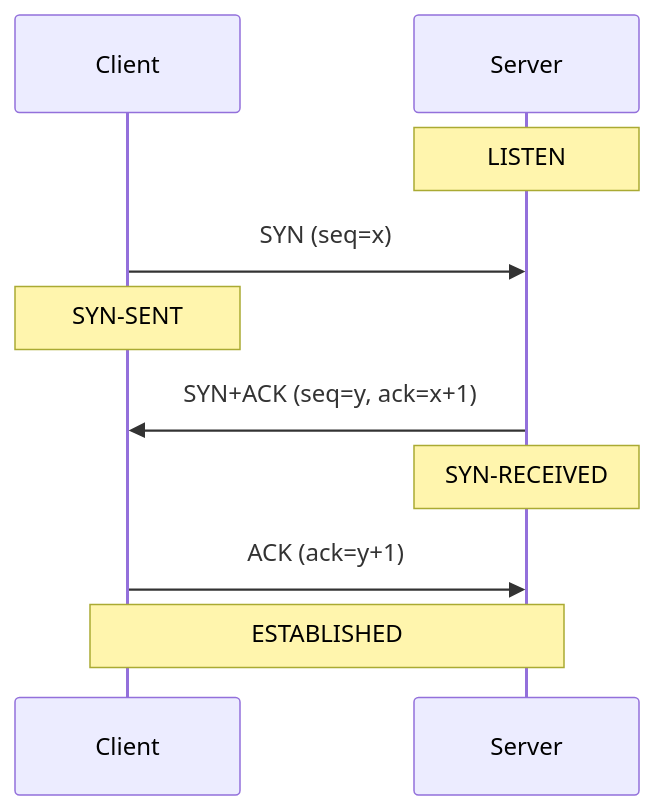
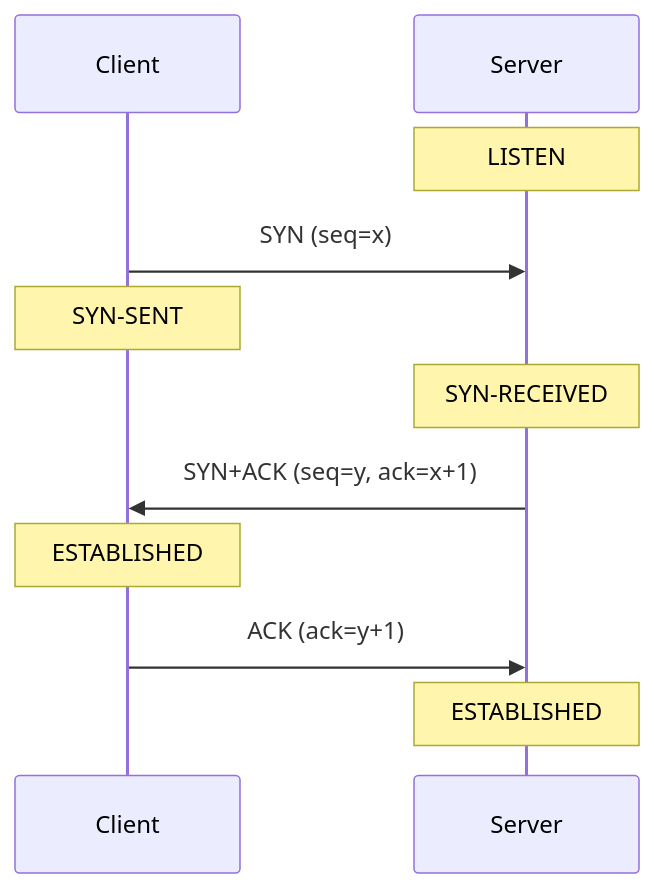
The diagram in src/content/docs/network/tcp-3-way-handshake.md (parkjuida/retrospect), drawn with Mermaid before and after one commit. The commit also changed other lines of this file and 1 other file, not shown here.

````diff
--- a/src/content/docs/network/tcp-3-way-handshake.md
+++ b/src/content/docs/network/tcp-3-way-handshake.md
@@ -22,12 +22,13 @@
 ```mermaid
 sequenceDiagram
     participant C as Client
     participant S as Server
     Note over S: LISTEN
     C->>S: SYN (seq=x)
     Note over C: SYN-SENT
+    Note over S: SYN-RECEIVED
     S->>C: SYN+ACK (seq=y, ack=x+1)
-    Note over S: SYN-RECEIVED
+    Note over C: ESTABLISHED
     C->>S: ACK (ack=y+1)
-    Note over C,S: ESTABLISHED
+    Note over S: ESTABLISHED
 ```
````
